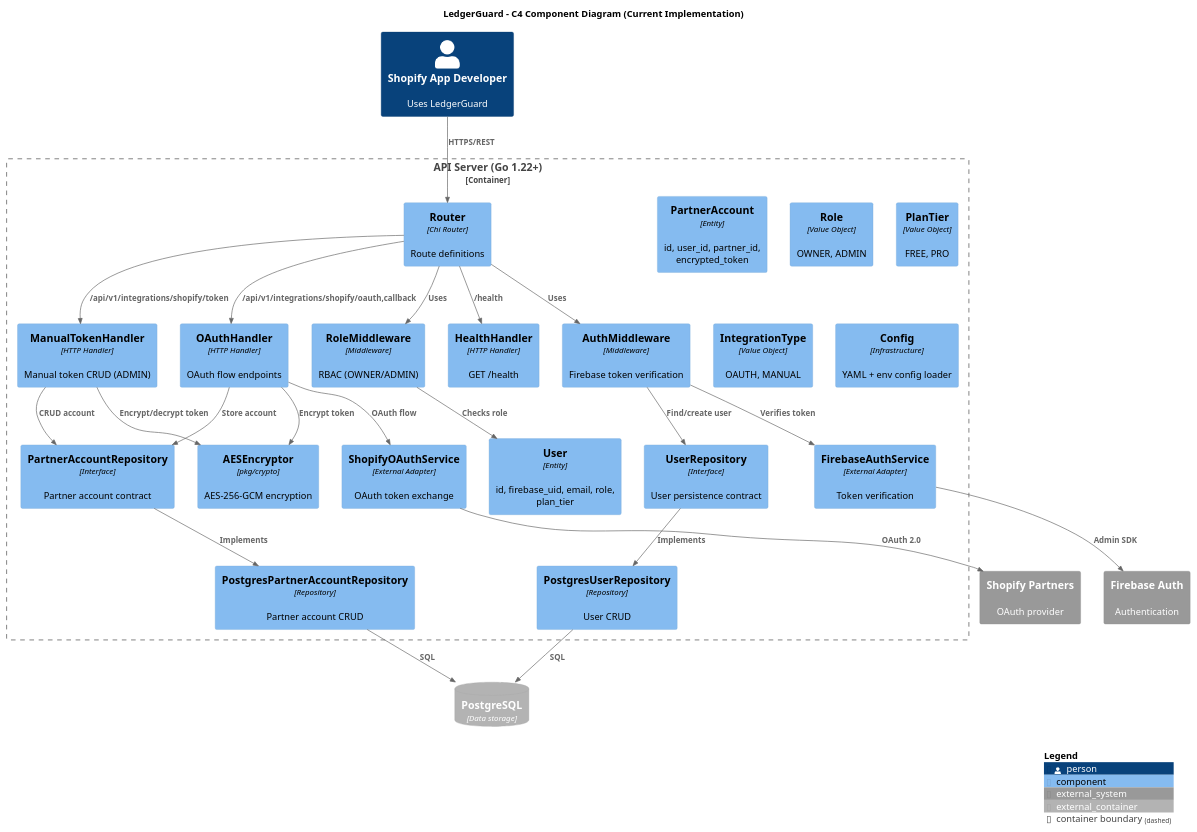
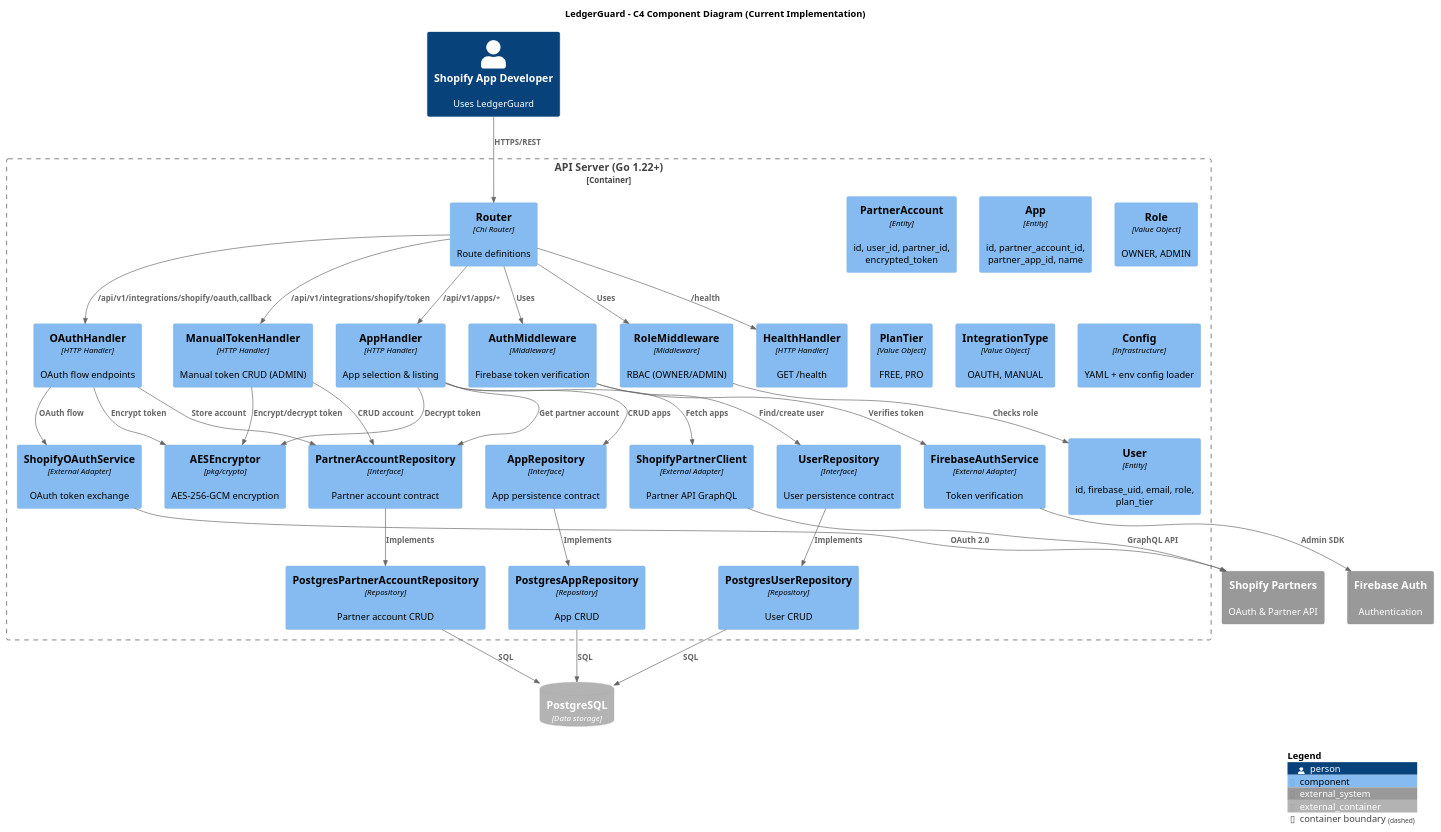
One commit to sachin-sivadasan/ledgerguard changed the diagram in docs/C4_current.puml. Above: the diagram before and after it, drawn with PlantUML. The commit also changed 15 other files, not shown here.

First line of the commit message:
feat: implement app fetching and selection from Partner API

```diff
--- a/docs/C4_current.puml
+++ b/docs/C4_current.puml
@@ -1,70 +1,84 @@
 @startuml C4_LedgerGuard_Current
 !include https://raw.githubusercontent.com/plantuml-stdlib/C4-PlantUML/master/C4_Component.puml
 
 title LedgerGuard - C4 Component Diagram (Current Implementation)
 
 ' External Systems
 Person(developer, "Shopify App Developer", "Uses LedgerGuard")
 System_Ext(firebase, "Firebase Auth", "Authentication")
-System_Ext(shopify, "Shopify Partners", "OAuth provider")
+System_Ext(shopify, "Shopify Partners", "OAuth & Partner API")
 ContainerDb_Ext(postgres, "PostgreSQL", "Data storage")
 
 Container_Boundary(api, "API Server (Go 1.22+)") {
 
     ' Interfaces Layer - IMPLEMENTED
     Component(router, "Router", "Chi Router", "Route definitions")
     Component(auth_mw, "AuthMiddleware", "Middleware", "Firebase token verification")
     Component(role_mw, "RoleMiddleware", "Middleware", "RBAC (OWNER/ADMIN)")
     Component(health_handler, "HealthHandler", "HTTP Handler", "GET /health")
     Component(oauth_handler, "OAuthHandler", "HTTP Handler", "OAuth flow endpoints")
     Component(manual_token_handler, "ManualTokenHandler", "HTTP Handler", "Manual token CRUD (ADMIN)")
+    Component(app_handler, "AppHandler", "HTTP Handler", "App selection & listing")
 
     ' Domain Layer - IMPLEMENTED
     Component(user_entity, "User", "Entity", "id, firebase_uid, email, role, plan_tier")
     Component(partner_entity, "PartnerAccount", "Entity", "id, user_id, partner_id, encrypted_token")
+    Component(app_entity, "App", "Entity", "id, partner_account_id, partner_app_id, name")
     Component(role_vo, "Role", "Value Object", "OWNER, ADMIN")
     Component(plan_vo, "PlanTier", "Value Object", "FREE, PRO")
     Component(integration_vo, "IntegrationType", "Value Object", "OAUTH, MANUAL")
 
     Component(user_repo_if, "UserRepository", "Interface", "User persistence contract")
     Component(partner_repo_if, "PartnerAccountRepository", "Interface", "Partner account contract")
+    Component(app_repo_if, "AppRepository", "Interface", "App persistence contract")
 
     ' Infrastructure Layer - IMPLEMENTED
     Component(config, "Config", "Infrastructure", "YAML + env config loader")
     Component(user_repo, "PostgresUserRepository", "Repository", "User CRUD")
     Component(partner_repo, "PostgresPartnerAccountRepository", "Repository", "Partner account CRUD")
+    Component(app_repo, "PostgresAppRepository", "Repository", "App CRUD")
     Component(firebase_auth, "FirebaseAuthService", "External Adapter", "Token verification")
     Component(shopify_oauth, "ShopifyOAuthService", "External Adapter", "OAuth token exchange")
+    Component(partner_client, "ShopifyPartnerClient", "External Adapter", "Partner API GraphQL")
     Component(crypto, "AESEncryptor", "pkg/crypto", "AES-256-GCM encryption")
 }
 
 ' Relationships
 Rel(developer, router, "HTTPS/REST")
 
 Rel(router, auth_mw, "Uses")
 Rel(router, role_mw, "Uses")
 Rel(router, health_handler, "/health")
 Rel(router, oauth_handler, "/api/v1/integrations/shopify/oauth,callback")
 Rel(router, manual_token_handler, "/api/v1/integrations/shopify/token")
+Rel(router, app_handler, "/api/v1/apps/*")
 
 Rel(auth_mw, firebase_auth, "Verifies token")
 Rel(auth_mw, user_repo_if, "Find/create user")
 Rel(role_mw, user_entity, "Checks role")
 
 Rel(oauth_handler, shopify_oauth, "OAuth flow")
 Rel(oauth_handler, partner_repo_if, "Store account")
 Rel(oauth_handler, crypto, "Encrypt token")
 
 Rel(manual_token_handler, partner_repo_if, "CRUD account")
 Rel(manual_token_handler, crypto, "Encrypt/decrypt token")
 
+Rel(app_handler, partner_repo_if, "Get partner account")
+Rel(app_handler, app_repo_if, "CRUD apps")
+Rel(app_handler, partner_client, "Fetch apps")
+Rel(app_handler, crypto, "Decrypt token")
+
 Rel(user_repo_if, user_repo, "Implements")
 Rel(partner_repo_if, partner_repo, "Implements")
+Rel(app_repo_if, app_repo, "Implements")
 
 Rel(firebase_auth, firebase, "Admin SDK")
 Rel(shopify_oauth, shopify, "OAuth 2.0")
+Rel(partner_client, shopify, "GraphQL API")
 Rel(user_repo, postgres, "SQL")
 Rel(partner_repo, postgres, "SQL")
+Rel(app_repo, postgres, "SQL")
 
 SHOW_LEGEND()
 @enduml
```
